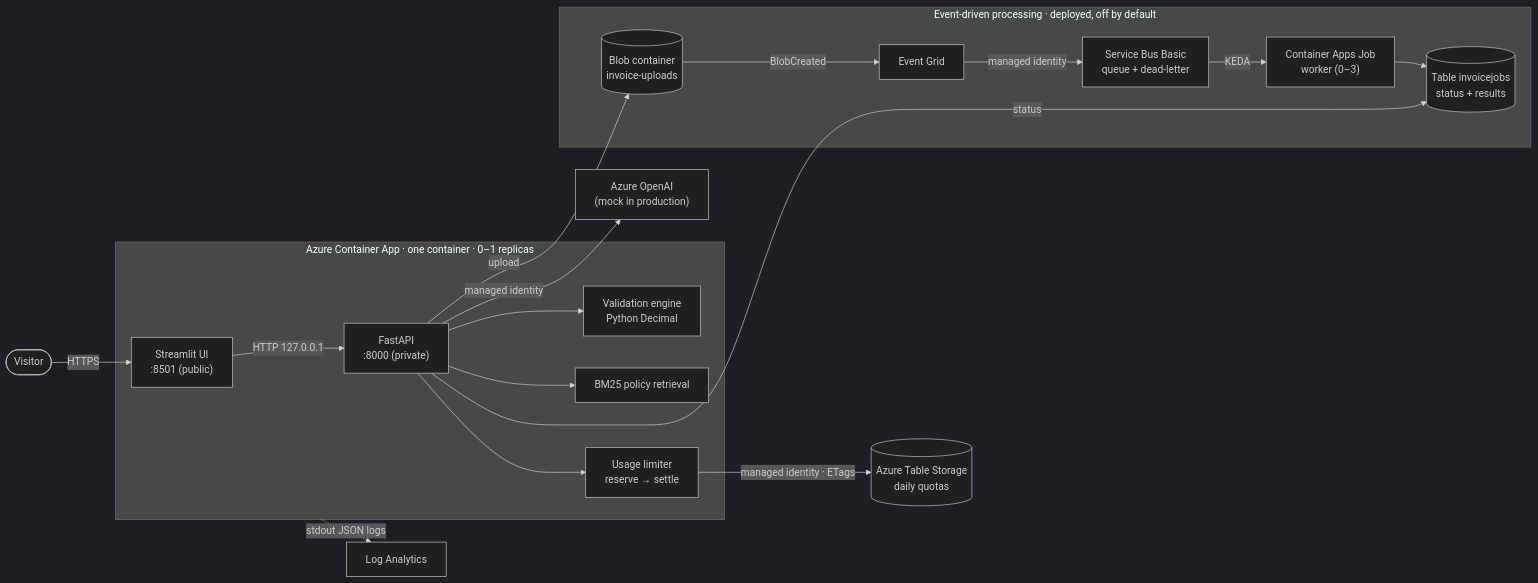
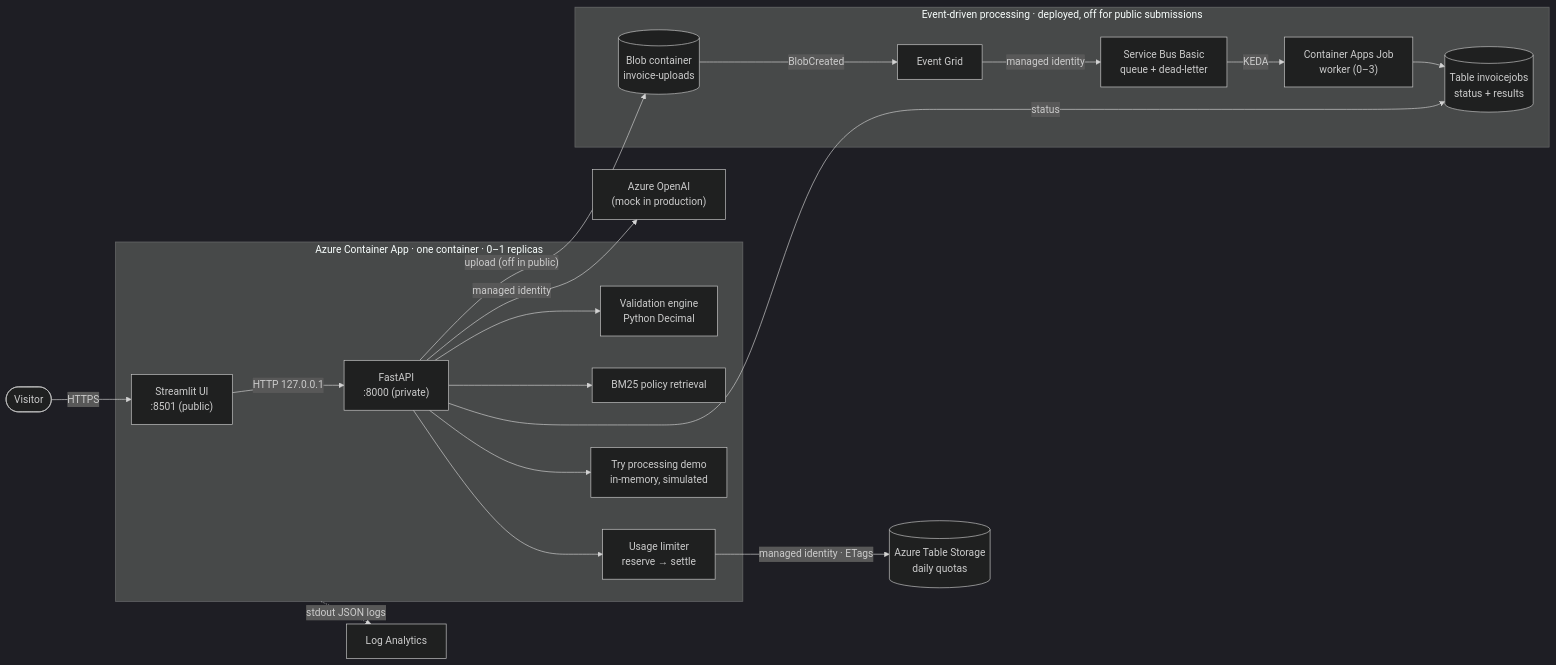
Before and after one commit to boardwalkempress00-oss/invoiceiq-ai-copilot: the first of 2 diagrams in README.md, drawn with Mermaid (dark theme). The commit also changed other lines of this file and 21 other files, not shown here.

````diff
--- a/README.md
+++ b/README.md
@@ -102,24 +133,25 @@
 ```mermaid
 flowchart LR
     user([Visitor]) -- HTTPS --> ui
 
     subgraph container["Azure Container App · one container · 0–1 replicas"]
         ui["Streamlit UI<br/>:8501 (public)"] -- "HTTP 127.0.0.1" --> api["FastAPI<br/>:8000 (private)"]
         api --> val["Validation engine<br/>Python Decimal"]
         api --> rag["BM25 policy retrieval"]
         api --> lim["Usage limiter<br/>reserve → settle"]
+        api --> demo["Try processing demo<br/>in-memory, simulated"]
     end
 
     api -- "managed identity" --> aoai["Azure OpenAI<br/>(mock in production)"]
     lim -- "managed identity · ETags" --> tbl[("Azure Table Storage<br/>daily quotas")]
     container -. "stdout JSON logs" .-> law["Log Analytics"]
 
-    subgraph ep["Event-driven processing · deployed, off by default"]
+    subgraph ep["Event-driven processing · deployed, off for public submissions"]
         blob[("Blob container<br/>invoice-uploads")] -- "BlobCreated" --> eg["Event Grid"]
         eg -- "managed identity" --> sb["Service Bus Basic<br/>queue + dead-letter"]
         sb -- "KEDA" --> job["Container Apps Job<br/>worker (0–3)"]
         job --> jobs[("Table invoicejobs<br/>status + results")]
     end
-    api -- "upload" --> blob
+    api -- "upload (off in public)" --> blob
     api -- "status" --> jobs
 ```
````
